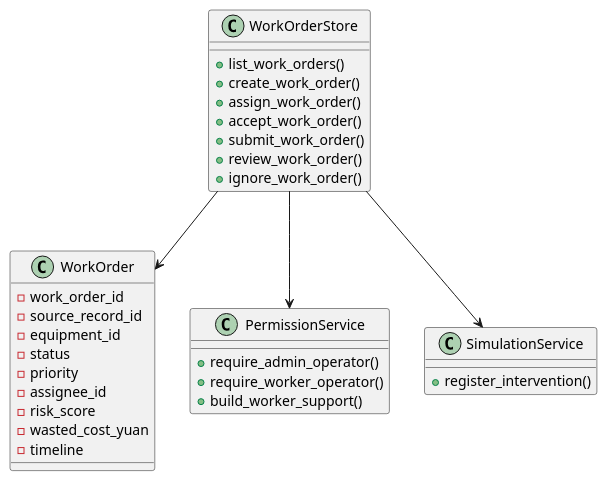
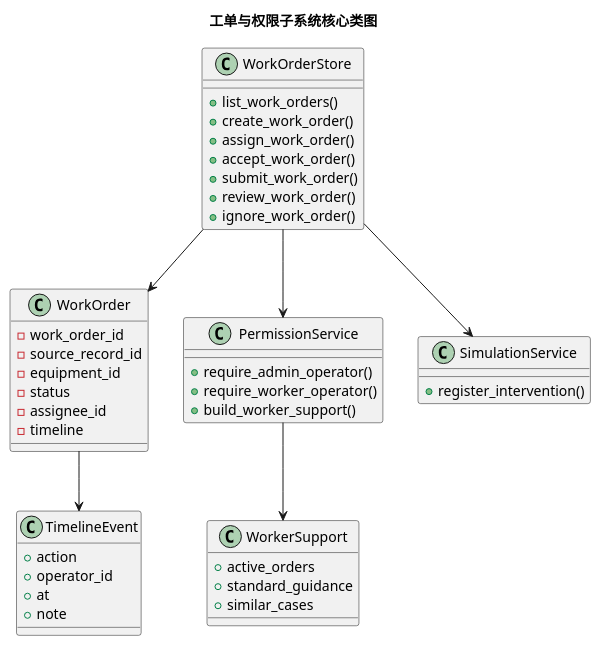
Before and after one commit to ScottBlizzard/building-energy-intelligence-platform: the diagram in final_docs/图象重绘/源代码/SDD-5.2.2-工单核心类图.md, drawn with PlantUML. The commit also changed 105 other files, not shown here.

Commit message:
docs: update final reports and diagrams

```diff
--- a/final_docs/图象重绘/源代码/SDD-5.2.2-工单核心类图.md
+++ b/final_docs/图象重绘/源代码/SDD-5.2.2-工单核心类图.md
@@ -1,38 +1,51 @@
 @startuml
+title 工单与权限子系统核心类图
+
 class WorkOrder {
   - work_order_id
   - source_record_id
   - equipment_id
   - status
-  - priority
   - assignee_id
-  - risk_score
-  - wasted_cost_yuan
   - timeline
 }
 
 class WorkOrderStore {
   + list_work_orders()
   + create_work_order()
   + assign_work_order()
   + accept_work_order()
   + submit_work_order()
   + review_work_order()
   + ignore_work_order()
 }
 
 class PermissionService {
   + require_admin_operator()
   + require_worker_operator()
   + build_worker_support()
 }
 
+class TimelineEvent {
+  + action
+  + operator_id
+  + at
+  + note
+}
+
+class WorkerSupport {
+  + active_orders
+  + standard_guidance
+  + similar_cases
+}
+
 class SimulationService {
   + register_intervention()
 }
 
 WorkOrderStore --> WorkOrder
+WorkOrder --> TimelineEvent
 WorkOrderStore --> PermissionService
+PermissionService --> WorkerSupport
 WorkOrderStore --> SimulationService
-
 @enduml
```
